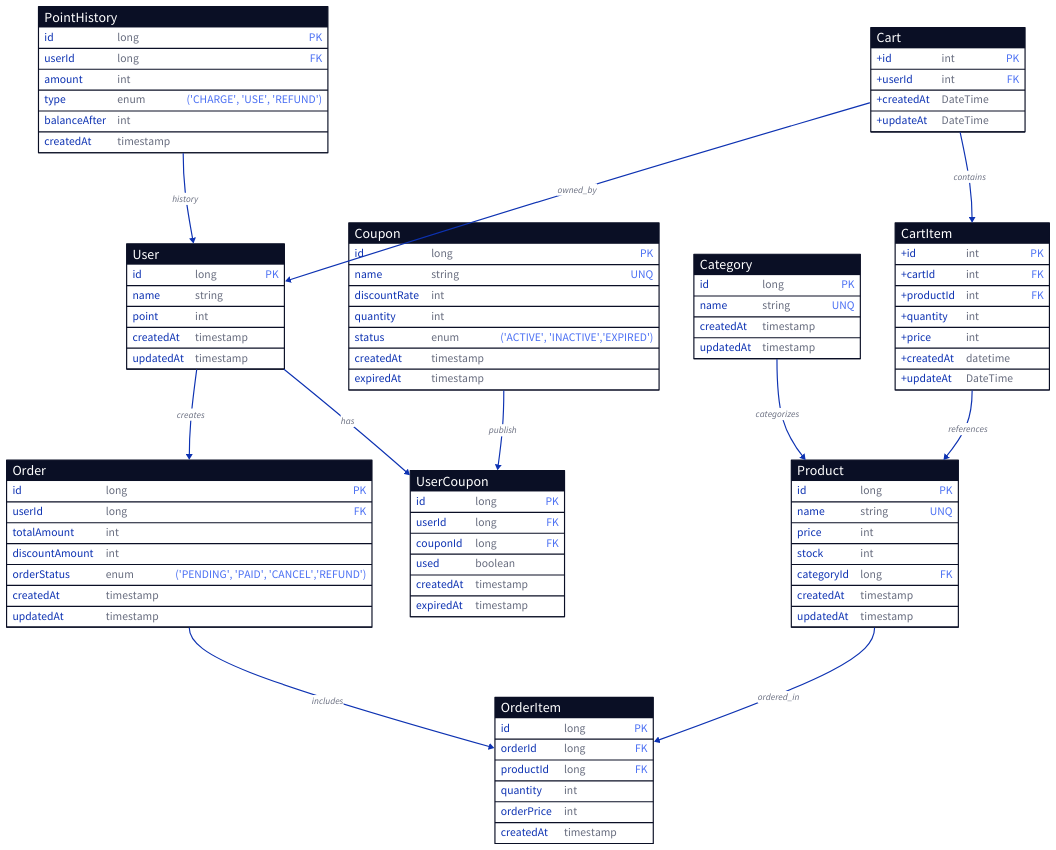
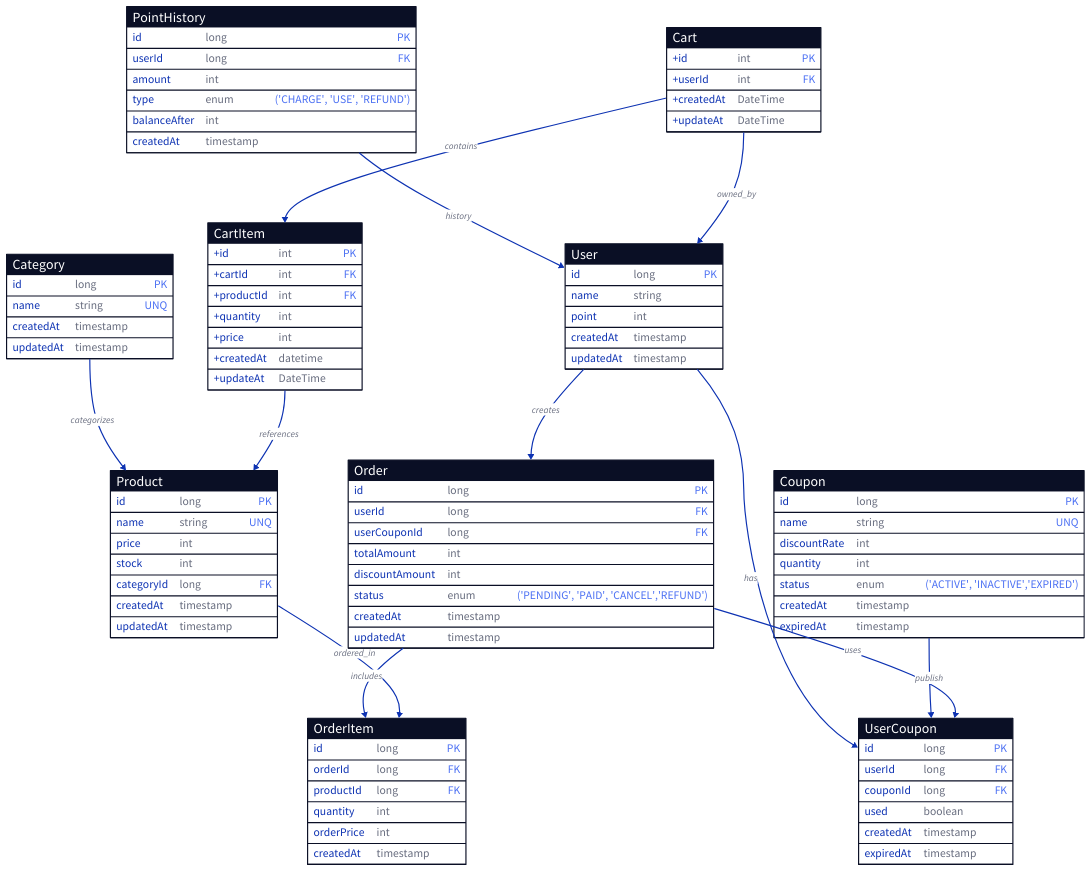
The diagram in docs/diagram/erd.d2 (sabsiru/eCommerce-service), drawn with D2 before and after one commit. The commit also changed 3 other files, not shown here.

Commit message:
docs: erd, classdiagram 수정

```diff
--- a/docs/diagram/erd.d2
+++ b/docs/diagram/erd.d2
@@ -1,108 +1,111 @@
 User: {
   shape: sql_table
   id: long {constraint: primary_key}
   name: string
   point: int
   createdAt: timestamp
   updatedAt: timestamp
 }
 
 Product: {
   shape: sql_table
   id: long {constraint: primary_key}
   name: string {constraint: unique}
   price: int
   stock: int
   categoryId: long {constraint: foreign_key}
   createdAt: timestamp
   updatedAt: timestamp
 }
 
 Category: {
   shape: sql_table
   id: long {constraint: primary_key}
   name: string {constraint: unique}
   createdAt: timestamp
   updatedAt: timestamp
 }
 
 PointHistory: {
   shape: sql_table
   id: long {constraint: primary_key}
   userId: long {constraint: foreign_key}
   amount: int
   type: enum {constraint: ('CHARGE', 'USE', 'REFUND')}
   balanceAfter: int
   createdAt: timestamp
 }
 
 UserCoupon: {
   shape: sql_table
   id: long {constraint: primary_key}
   userId: long {constraint: foreign_key}
   couponId: long {constraint: foreign_key}
   used: boolean
   createdAt: timestamp
   expiredAt: timestamp
 }
 
 Order: {
   shape: sql_table
   id: long {constraint: primary_key}
   userId: long {constraint: foreign_key}
+  userCouponId: long {constraint: foreign_key}
   totalAmount: int
   discountAmount: int
-  orderStatus: enum {constraint: ('PENDING', 'PAID', 'CANCEL','REFUND')}
+  status: enum {constraint: ('PENDING', 'PAID', 'CANCEL','REFUND')}
   createdAt: timestamp
   updatedAt: timestamp
 }
 
 OrderItem: {
   shape: sql_table
   id: long {constraint: primary_key}
   orderId: long {constraint: foreign_key}
   productId: long {constraint: foreign_key}
   quantity: int
   orderPrice: int
   createdAt: timestamp
 }
 
 Coupon: {
   shape: sql_table
   id: long {constraint: primary_key}
   name: string {constraint: unique}
   discountRate: int
   quantity: int
   status: enum {constraint: ('ACTIVE', 'INACTIVE','EXPIRED')}
   createdAt: timestamp
   expiredAt: timestamp
 }
+
 Cart: {
   shape: sql_table
   +id: int {constraint: primary_key}
   +userId: int {constraint: foreign_key}
   +createdAt: DateTime
   +updateAt: DateTime
 }
 
 CartItem: {
   shape: sql_table
   +id: int {constraint: primary_key}
   +cartId: int {constraint: foreign_key}
   +productId: int {constraint: foreign_key}
   +quantity: int
   +price: int
   +createdAt: datetime
   +updateAt: DateTime
 }
 
 User -> Order: creates
 Order -> OrderItem: includes
 Product -> OrderItem: ordered_in
 User -> UserCoupon: has
 Coupon -> UserCoupon: publish
 PointHistory -> User: history
 Category -> Product: categorizes
 Cart -> CartItem: contains
 CartItem -> Product: references
 Cart -> User: owned_by
+Order -> UserCoupon: uses
```
